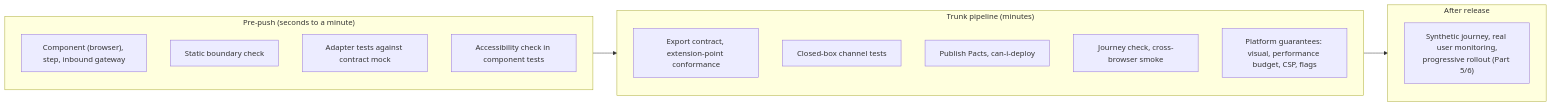
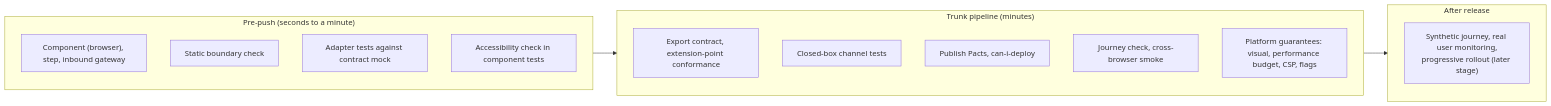
Before and after one commit to all-boundaries/website: the second of 2 diagrams in src/content/docs/patterns/across-teams/test-boundaries.md, drawn with Mermaid. The commit also changed other lines of this file and 6 other files, not shown here.

````diff
--- a/src/content/docs/patterns/across-teams/test-boundaries.md
+++ b/src/content/docs/patterns/across-teams/test-boundaries.md
@@ -215,20 +215,20 @@
 ```mermaid
 flowchart LR
     subgraph Pre["Pre-push (seconds to a minute)"]
         A["Component (browser), step, inbound gateway"]
         B["Static boundary check"]
         C["Adapter tests against contract mock"]
         A2["Accessibility check in component tests"]
     end
     subgraph Trunk["Trunk pipeline (minutes)"]
         D["Export contract, extension-point conformance"]
         E["Closed-box channel tests"]
         F["Publish Pacts, can-i-deploy"]
         G["Journey check, cross-browser smoke"]
         H["Platform guarantees: visual, performance budget, CSP, flags"]
     end
     subgraph Post["After release"]
-        I["Synthetic journey, real user monitoring,<br/>progressive rollout (Part 5/6)"]
+        I["Synthetic journey, real user monitoring,<br/>progressive rollout (later stage)"]
     end
     Pre --> Trunk --> Post
 ```
````
